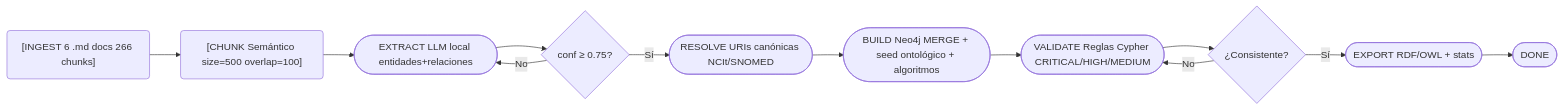
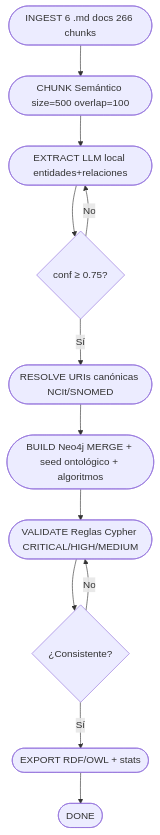
Before and after one commit to lrufiner/KnowledgeGraphHER2: the third of 6 diagrams in README.md, drawn with Mermaid. The commit also changed other lines of this file and 1 other file, not shown here.

Commit message:
docs: add banner image to README

````diff
--- a/README.md
+++ b/README.md
@@ -172,14 +174,14 @@
 ```mermaid
-flowchart LR
-    A("[INGEST 6 .md docs 266 chunks]") --> B("[CHUNK Semántico size=500 overlap=100]")
-    B --> C([EXTRACT LLM local entidades+relaciones])
-    C --> D{conf ≥ 0.75?}
-    D -- Sí --> E([RESOLVE URIs canónicas NCIt/SNOMED])
+flowchart TB
+    A(["INGEST 6 .md docs 266 chunks"]) --> B(["CHUNK Semántico size=500 overlap=100"])
+    B --> C(["EXTRACT LLM local entidades+relaciones"])
+    C --> D{"conf ≥ 0.75?"}
+    D -- Sí --> E(["RESOLVE URIs canónicas NCIt/SNOMED"])
     D -- No --> C
-    E --> F([BUILD Neo4j MERGE + seed ontológico + algoritmos])
-    F --> G([VALIDATE Reglas Cypher CRITICAL/HIGH/MEDIUM])
-    G --> H{¿Consistente?}
-    H -- Sí --> I([EXPORT RDF/OWL + stats])
+    E --> F(["BUILD Neo4j MERGE + seed ontológico + algoritmos"])
+    F --> G(["VALIDATE Reglas Cypher CRITICAL/HIGH/MEDIUM"])
+    G --> H{"¿Consistente?"}
+    H -- Sí --> I(["EXPORT RDF/OWL + stats"])
     H -- No --> G
-    I --> J([DONE])
+    I --> J(["DONE"])
 ```
````
